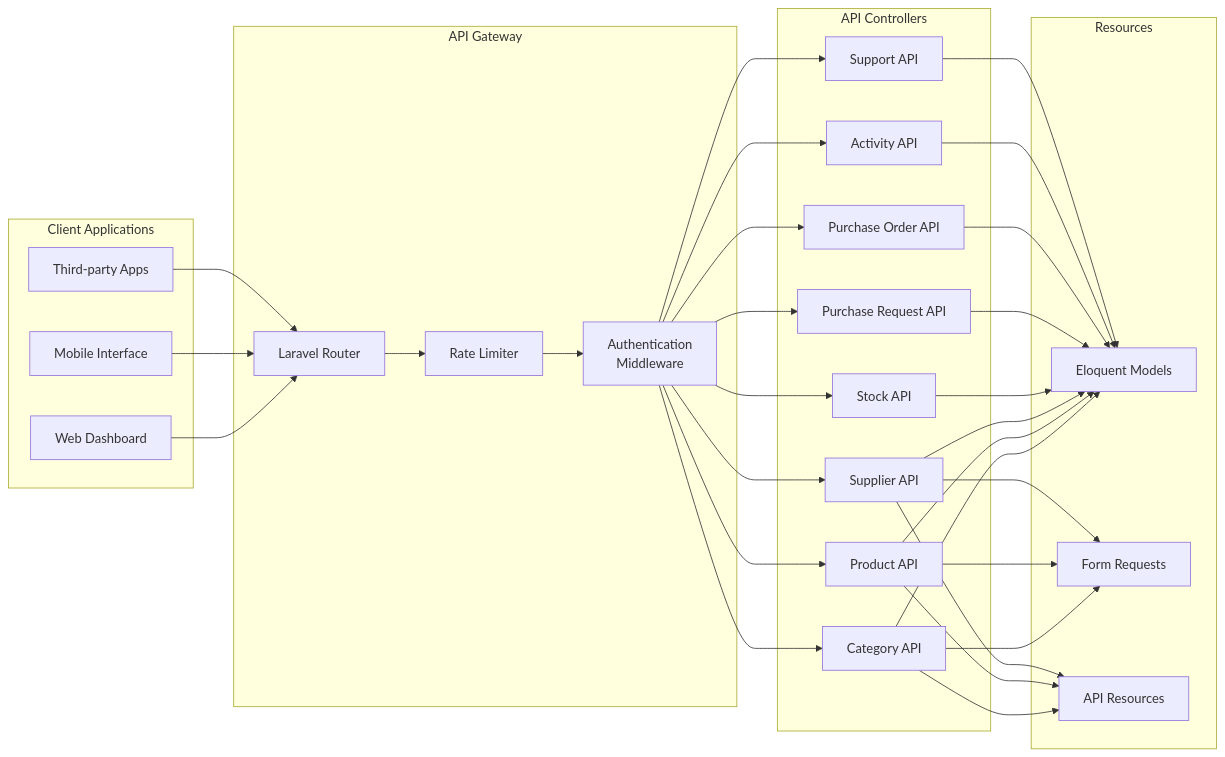
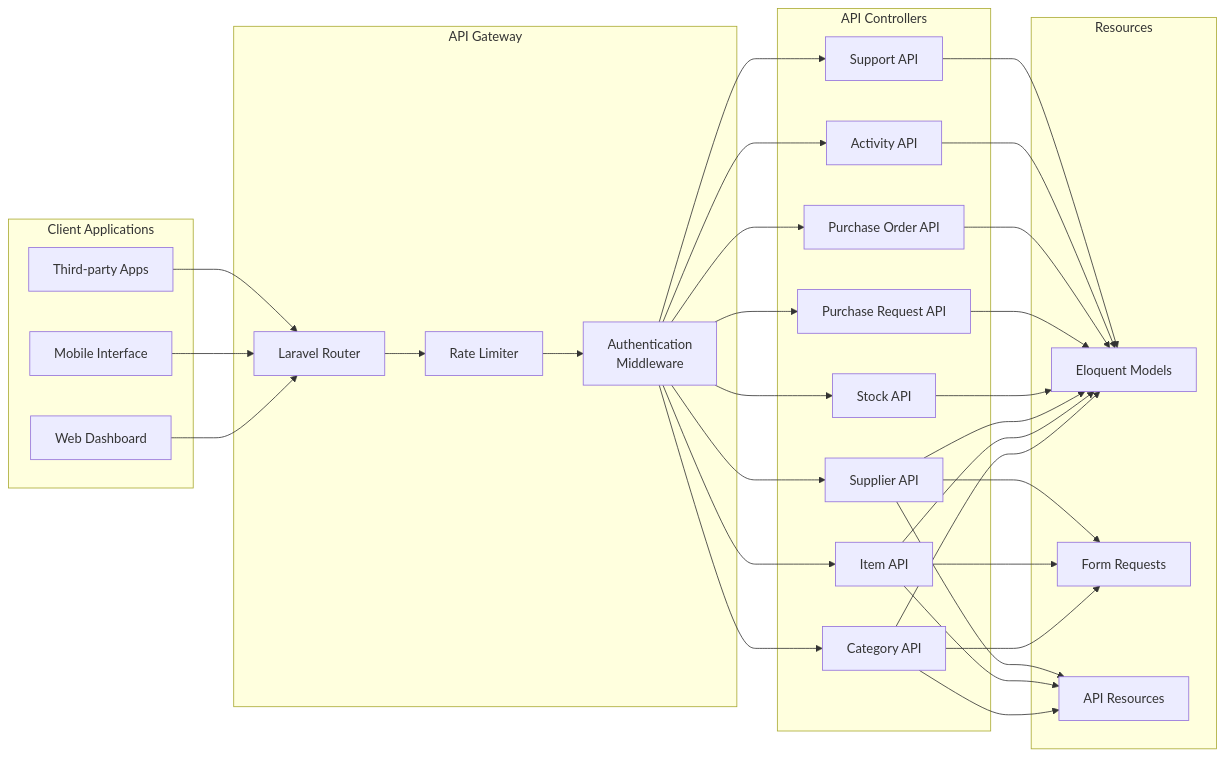
The fourth of 6 diagrams in ARCHITECTURE.md (kenzo0111/WBIMPS-CNSC), drawn with Mermaid before and after one commit. The commit also changed other lines of this file and 21 other files, not shown here.

First line of the commit message:
Rename Product to Item across backend and docs

````diff
--- a/ARCHITECTURE.md
+++ b/ARCHITECTURE.md
@@ -297,64 +297,64 @@
 ```mermaid
 graph LR
     subgraph "Client Applications"
         WebUI[Web Dashboard]
         MobileUI[Mobile Interface]
         ThirdParty[Third-party Apps]
     end
 
     subgraph "API Gateway"
         Router[Laravel Router]
         RateLimit[Rate Limiter]
         Auth[Authentication<br/>Middleware]
     end
 
     subgraph "API Controllers"
         CategoryAPI[Category API]
-        ProductAPI[Product API]
+        ItemAPI[Item API]
         SupplierAPI[Supplier API]
         StockAPI[Stock API]
         PRAPI[Purchase Request API]
         POAPI[Purchase Order API]
         ActivityAPI[Activity API]
         SupportAPI[Support API]
     end
 
     subgraph "Resources"
         Models[Eloquent Models]
         Validation[Form Requests]
         Transforms[API Resources]
     end
 
     WebUI --> Router
     MobileUI --> Router
     ThirdParty --> Router
 
     Router --> RateLimit
     RateLimit --> Auth
 
     Auth --> CategoryAPI
-    Auth --> ProductAPI
+    Auth --> ItemAPI
     Auth --> SupplierAPI
     Auth --> StockAPI
     Auth --> PRAPI
     Auth --> POAPI
     Auth --> ActivityAPI
     Auth --> SupportAPI
 
     CategoryAPI --> Models
-    ProductAPI --> Models
+    ItemAPI --> Models
     SupplierAPI --> Models
     StockAPI --> Models
     PRAPI --> Models
     POAPI --> Models
     ActivityAPI --> Models
     SupportAPI --> Models
 
     CategoryAPI --> Validation
-    ProductAPI --> Validation
+    ItemAPI --> Validation
     SupplierAPI --> Validation
 
     CategoryAPI --> Transforms
-    ProductAPI --> Transforms
+    ItemAPI --> Transforms
     SupplierAPI --> Transforms
 ```
````
